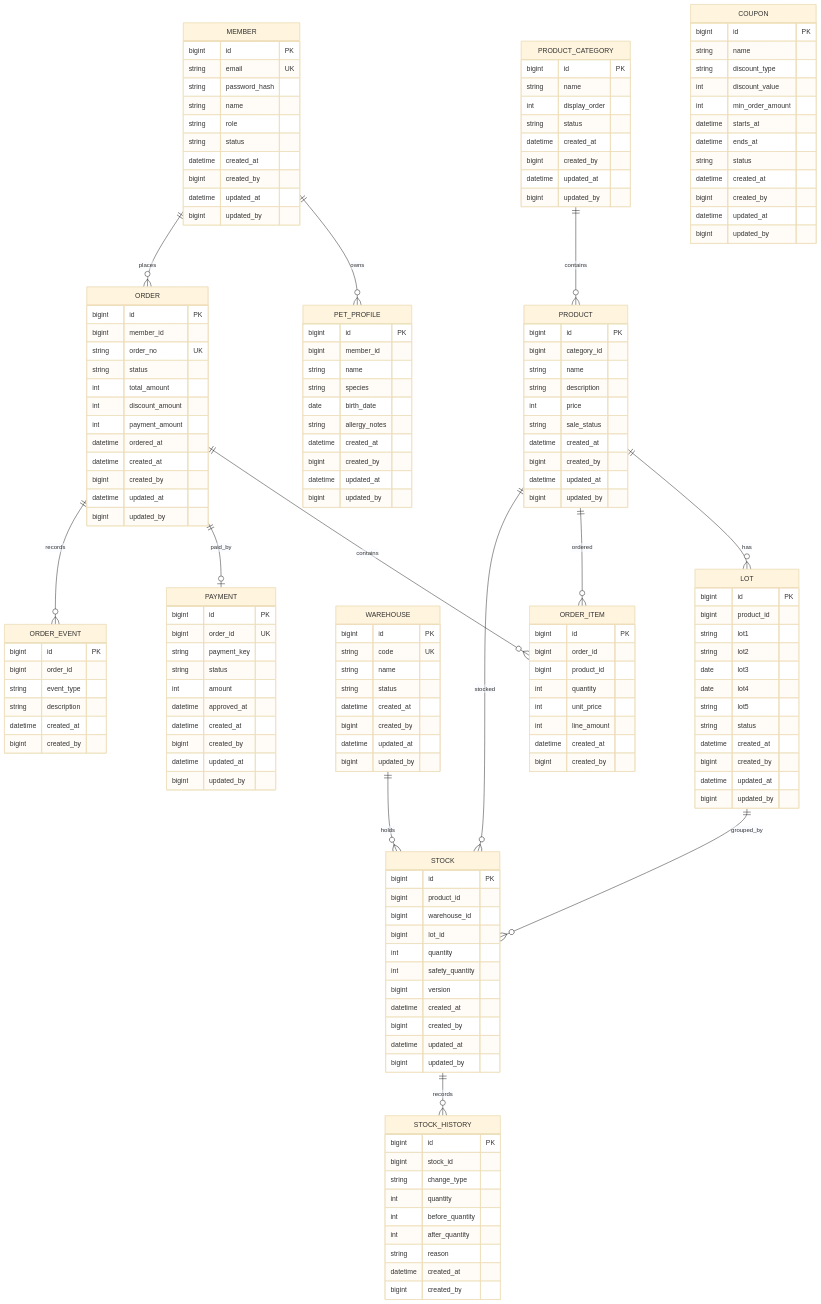
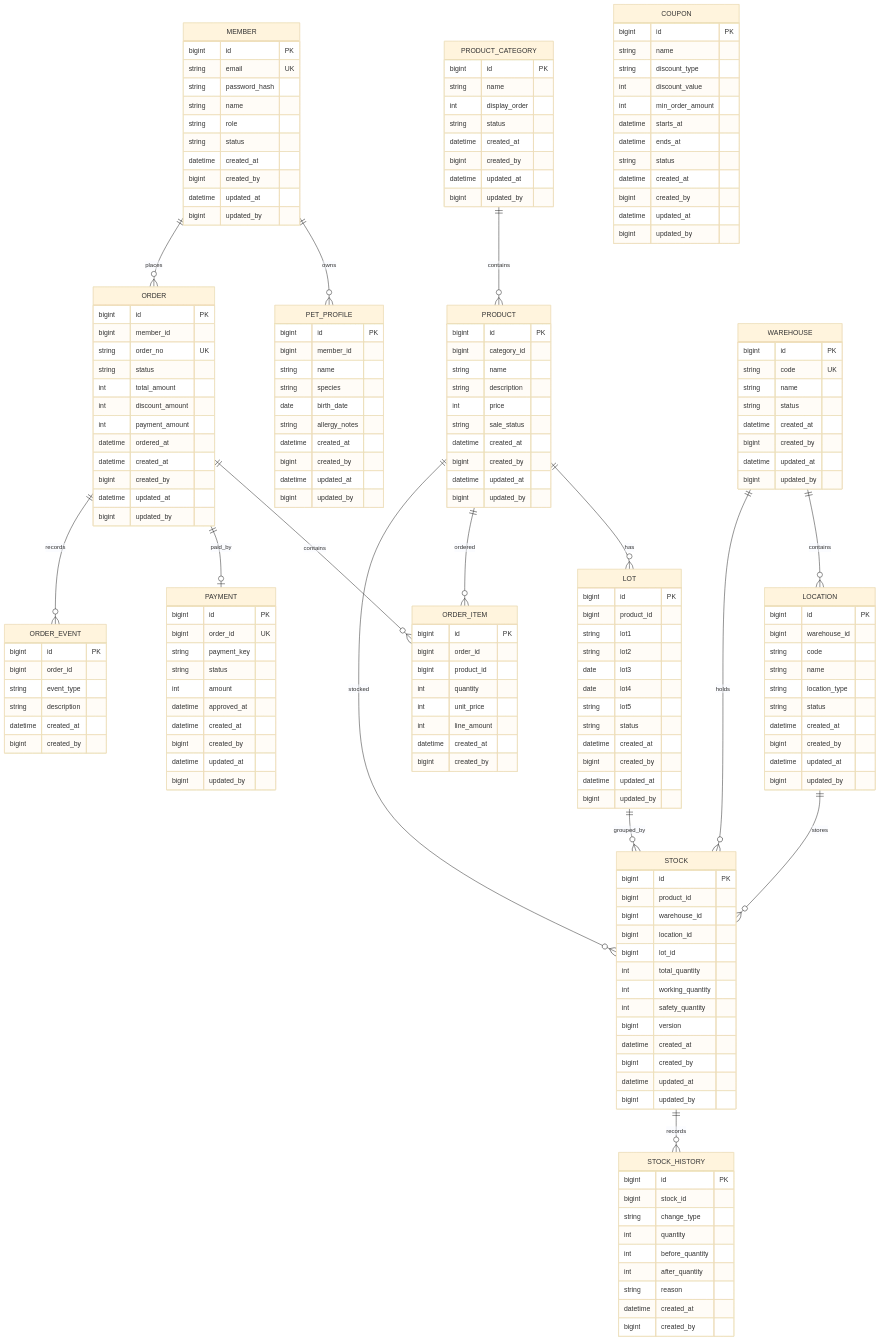
Before and after one commit to jinsejong-1028/pet-ops-commerce: the diagram in docs/03-erd.md, drawn with Mermaid (base theme). The commit also changed other lines of this file and 23 other files, not shown here.

```diff
--- a/docs/03-erd.md
+++ b/docs/03-erd.md
@@ -32,7 +34,9 @@
   PRODUCT ||--o{ STOCK : stocked
 
   LOT ||--o{ STOCK : grouped_by
+  WAREHOUSE ||--o{ LOCATION : contains
   WAREHOUSE ||--o{ STOCK : holds
+  LOCATION ||--o{ STOCK : stores
   STOCK ||--o{ STOCK_HISTORY : records
 
   ORDER ||--o{ ORDER_ITEM : contains
@@ -115,12 +119,27 @@
     bigint updated_by
   }
 
+
+  LOCATION {
+    bigint id PK
+    bigint warehouse_id
+    string code
+    string name
+    string location_type
+    string status
+    datetime created_at
+    bigint created_by
+    datetime updated_at
+    bigint updated_by
+  }
   STOCK {
     bigint id PK
     bigint product_id
     bigint warehouse_id
+    bigint location_id
     bigint lot_id
-    int quantity
+    int total_quantity
+    int working_quantity
     int safety_quantity
     bigint version
     datetime created_at
```
